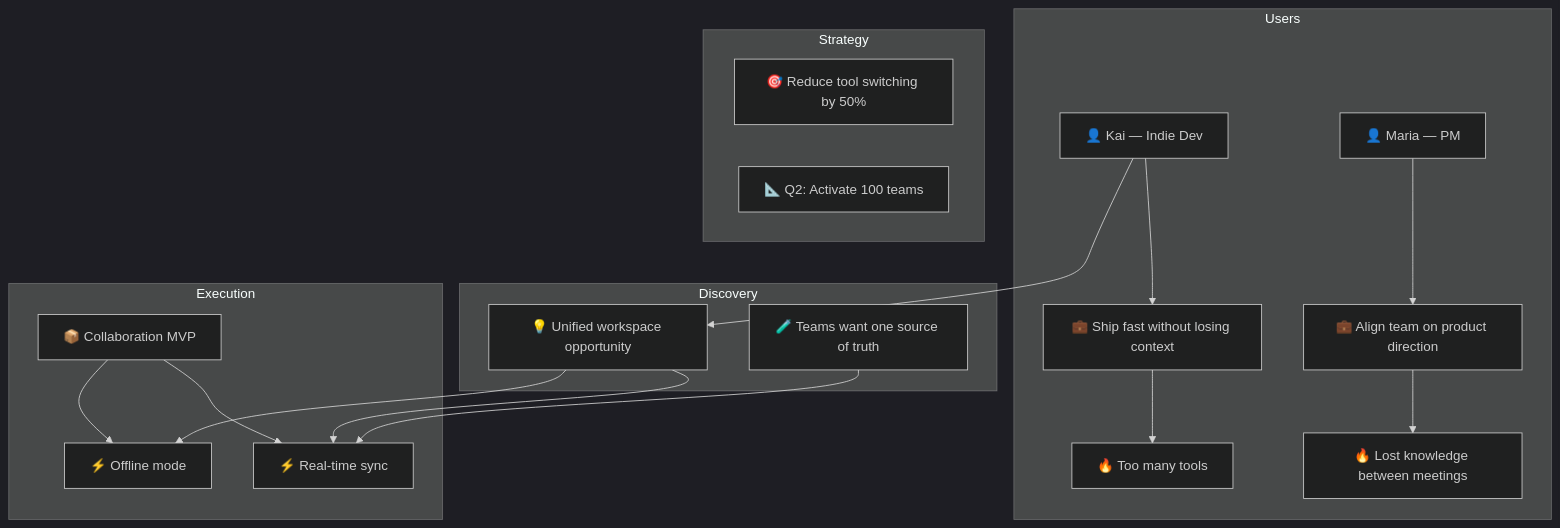
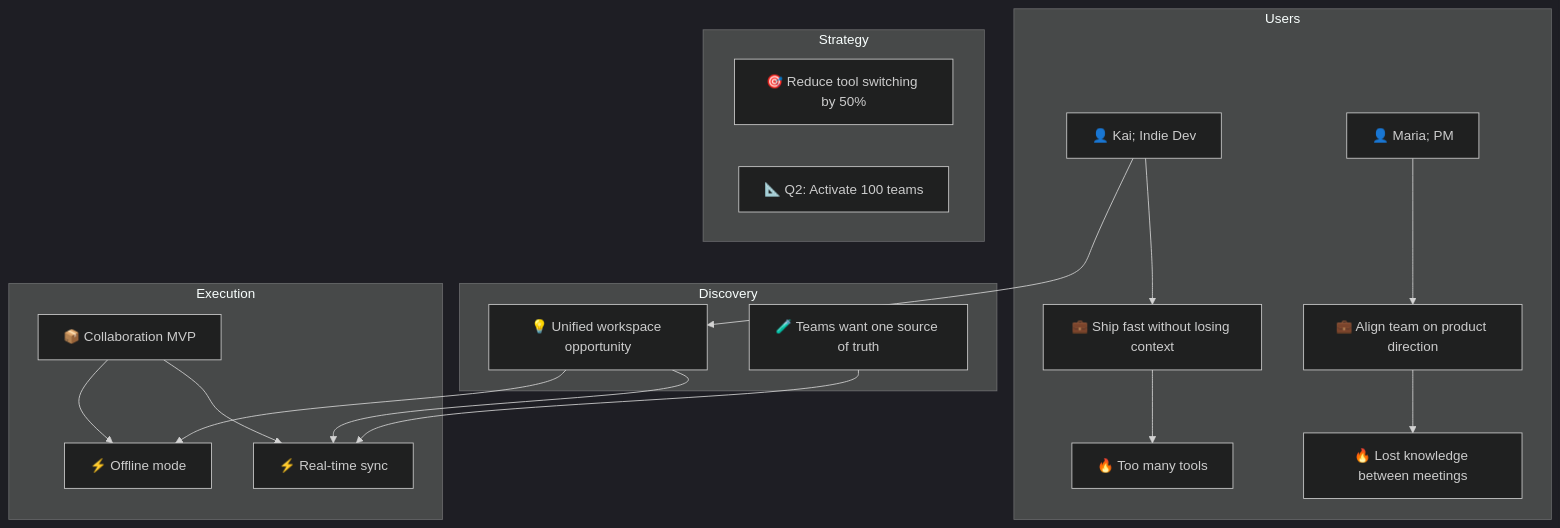
One commit to unified-product-graph/tools changed the diagram in packages/mcp-server/skills/upg-export/SKILL.md. Above: the diagram before and after it, drawn with Mermaid (dark theme). The commit also changed other lines of this file and 77 other files, not shown here.

````diff
--- a/packages/mcp-server/skills/upg-export/SKILL.md
+++ b/packages/mcp-server/skills/upg-export/SKILL.md
@@ -197,38 +197,38 @@
 ```mermaid
 graph TD
   subgraph Users
-    persona1["👤 Kai — Indie Dev"]
-    persona2["👤 Maria — PM"]
+    persona1["👤 Kai; Indie Dev"]
+    persona2["👤 Maria; PM"]
     job1["💼 Ship fast without losing context"]
     job2["💼 Align team on product direction"]
     need1["🔥 Too many tools"]
     need2["🔥 Lost knowledge between meetings"]
   end
 
   subgraph Strategy
     outcome1["🎯 Reduce tool switching by 50%"]
     okr1["📐 Q2: Activate 100 teams"]
   end
 
   subgraph Discovery
     opp1["💡 Unified workspace opportunity"]
     hyp1["🧪 Teams want one source of truth"]
   end
 
   subgraph Execution
     feat1["⚡ Real-time sync"]
     feat2["⚡ Offline mode"]
     epic1["📦 Collaboration MVP"]
   end
 
   persona1 --> job1
   persona2 --> job2
   job1 --> need1
   job2 --> need2
   persona1 --> opp1
   opp1 --> feat1
   opp1 --> feat2
   hyp1 --> feat1
   epic1 --> feat1
   epic1 --> feat2
 ```
````
